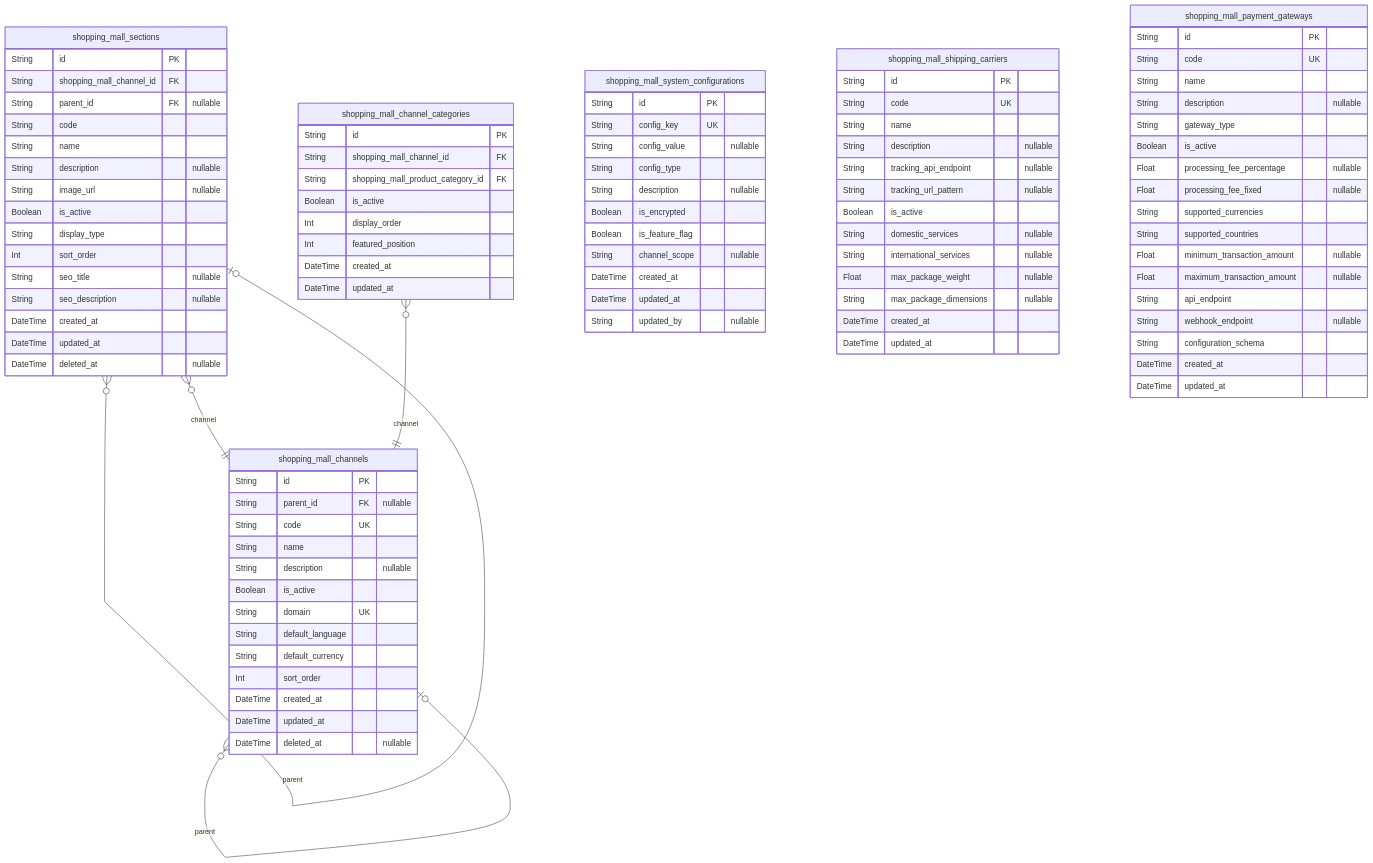
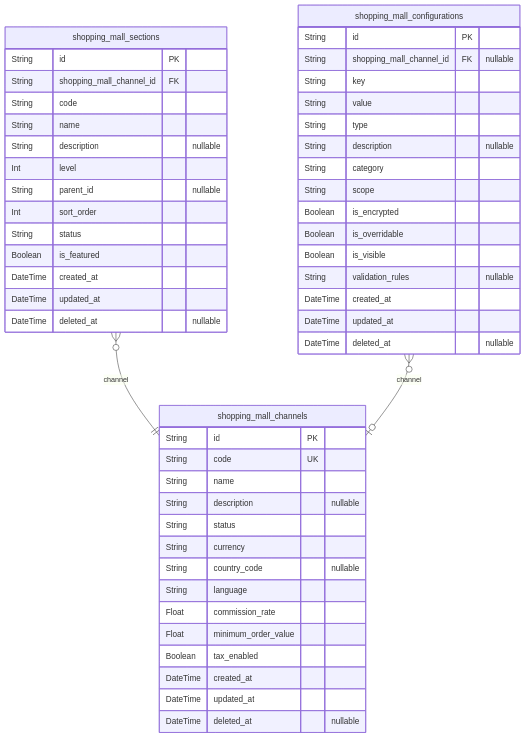
Before and after one commit to wrtnlabs/autobe-examples: the first of 10 diagrams in moonshotai/kimi-k2-0905-exacto/shopping/docs/ERD.md, drawn with Mermaid. The commit also changed other lines of this file and 22498 other files, not shown here.

````diff
--- a/moonshotai/kimi-k2-0905-exacto/shopping/docs/ERD.md
+++ b/moonshotai/kimi-k2-0905-exacto/shopping/docs/ERD.md
@@ -18,15 +19,16 @@
 erDiagram
 "shopping_mall_channels" {
   String id PK
-  String parent_id FK "nullable"
   String code UK
   String name
   String description "nullable"
-  Boolean is_active
-  String domain UK
-  String default_language
-  String default_currency
-  Int sort_order
+  String status
+  String currency
+  String country_code "nullable"
+  String language
+  Float commission_rate
+  Float minimum_order_value
+  Boolean tax_enabled
   DateTime created_at
   DateTime updated_at
   DateTime deleted_at "nullable"
@@ -34,79 +36,35 @@
 "shopping_mall_sections" {
   String id PK
   String shopping_mall_channel_id FK
-  String parent_id FK "nullable"
   String code
   String name
   String description "nullable"
-  String image_url "nullable"
-  Boolean is_active
-  String display_type
+  Int level
+  String parent_id "nullable"
   Int sort_order
-  String seo_title "nullable"
-  String seo_description "nullable"
+  String status
+  Boolean is_featured
   DateTime created_at
   DateTime updated_at
   DateTime deleted_at "nullable"
 }
-"shopping_mall_channel_categories" {
+"shopping_mall_configurations" {
   String id PK
-  String shopping_mall_channel_id FK
-  String shopping_mall_product_category_id FK
-  Boolean is_active
-  Int display_order
-  Int featured_position
+  String shopping_mall_channel_id FK "nullable"
+  String key
+  String value
+  String type
+  String description "nullable"
+  String category
+  String scope
+  Boolean is_encrypted
+  Boolean is_overridable
+  Boolean is_visible
+  String validation_rules "nullable"
   DateTime created_at
   DateTime updated_at
+  DateTime deleted_at "nullable"
 }
-"shopping_mall_system_configurations" {
-  String id PK
-  String config_key UK
-  String config_value "nullable"
-  String config_type
-  String description "nullable"
-  Boolean is_encrypted
-  Boolean is_feature_flag
-  String channel_scope "nullable"
-  DateTime created_at
-  DateTime updated_at
-  String updated_by "nullable"
-}
-"shopping_mall_shipping_carriers" {
-  String id PK
-  String code UK
-  String name
-  String description "nullable"
-  String tracking_api_endpoint "nullable"
-  String tracking_url_pattern "nullable"
-  Boolean is_active
-  String domestic_services "nullable"
-  String international_services "nullable"
-  Float max_package_weight "nullable"
-  String max_package_dimensions "nullable"
-  DateTime created_at
-  DateTime updated_at
-}
-"shopping_mall_payment_gateways" {
-  String id PK
-  String code UK
-  String name
-  String description "nullable"
-  String gateway_type
-  Boolean is_active
-  Float processing_fee_percentage "nullable"
-  Float processing_fee_fixed "nullable"
-  String supported_currencies
-  String supported_countries
-  Float minimum_transaction_amount "nullable"
-  Float maximum_transaction_amount "nullable"
-  String api_endpoint
-  String webhook_endpoint "nullable"
-  String configuration_schema
-  DateTime created_at
-  DateTime updated_at
-}
-"shopping_mall_channels" }o--o| "shopping_mall_channels" : parent
 "shopping_mall_sections" }o--|| "shopping_mall_channels" : channel
-"shopping_mall_sections" }o--o| "shopping_mall_sections" : parent
-"shopping_mall_channel_categories" }o--|| "shopping_mall_channels" : channel
+"shopping_mall_configurations" }o--o| "shopping_mall_channels" : channel
 ```
````
